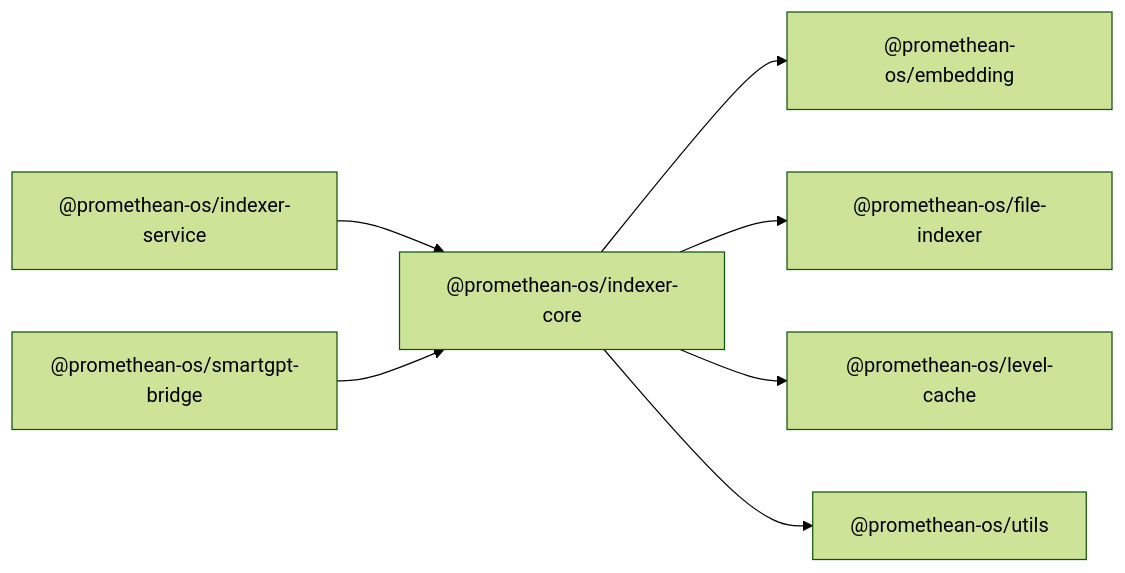
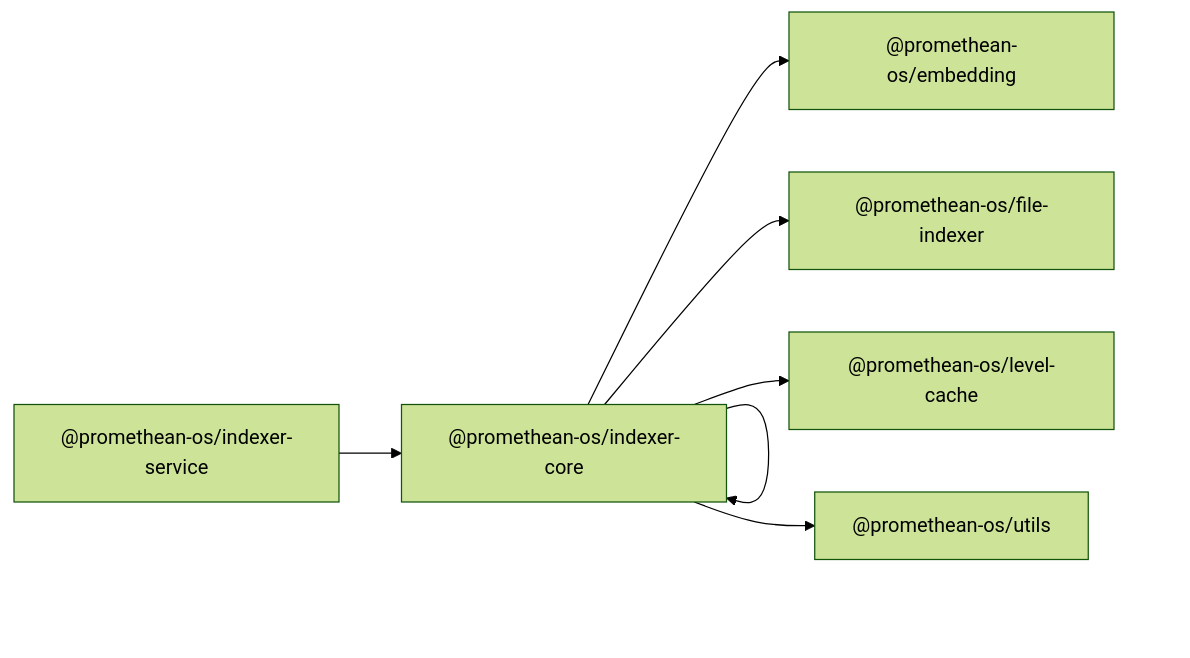
One commit to octave-commons/promethean changed the diagram in docs.github/packages/indexer-core/README.md. Above: the diagram before and after it, drawn with Mermaid (forest theme). The commit also changed other lines of this file and 8 other files, not shown here.

First line of the commit message:
docs: remove smartgpt-bridge references from package READMEs

````diff
--- a/docs.github/packages/indexer-core/README.md
+++ b/docs.github/packages/indexer-core/README.md
@@ -14,22 +14,22 @@
 ```mermaid
 graph LR
   A["@promethean-os/indexer-core"]
   D1["@promethean-os/embedding"]
   D2["@promethean-os/file-indexer"]
   D3["@promethean-os/level-cache"]
   D4["@promethean-os/utils"]
   R1["@promethean-os/indexer-service"]
-  R2["@promethean-os/smartgpt-bridge"]
+  
   A --> D1["@promethean-os/embedding"]
   A --> D2["@promethean-os/file-indexer"]
   A --> D3["@promethean-os/level-cache"]
   A --> D4["@promethean-os/utils"]
   R1["@promethean-os/indexer-service"] --> A
-  R2["@promethean-os/smartgpt-bridge"] --> A
+   --> A
   click D1 "../embedding/README.md" "@promethean-os/embedding"
   click D2 "../file-indexer/README.md" "@promethean-os/file-indexer"
   click D3 "../level-cache/README.md" "@promethean-os/level-cache"
   click D4 "../utils/README.md" "@promethean-os/utils"
   click R1 "../indexer-service/README.md" "@promethean-os/indexer-service"
-  click R2 "../smartgpt-bridge/README.md" "@promethean-os/smartgpt-bridge"
+  
 ```
````
